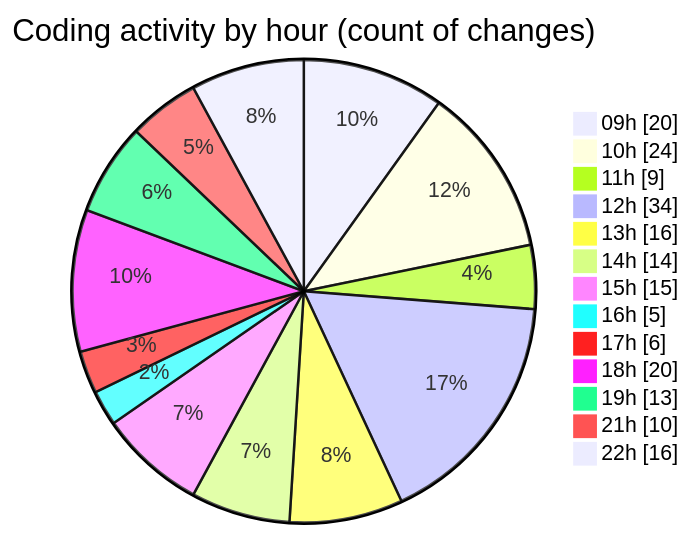
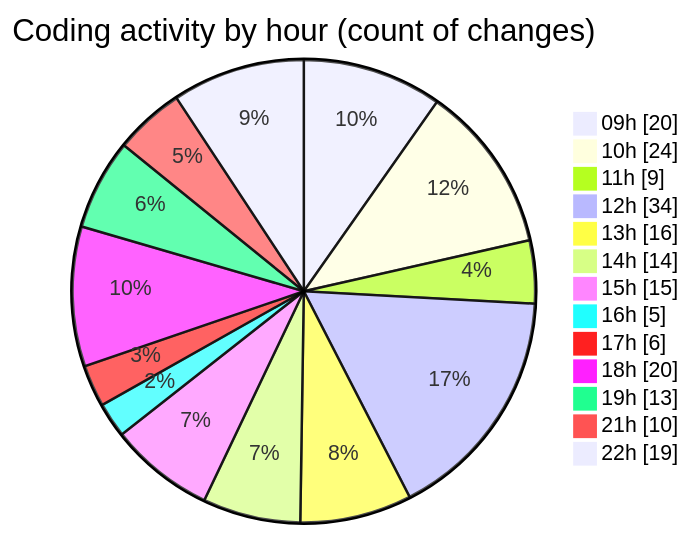
One commit to momahboobian/code-tracking changed the second of 2 diagrams in 2025-05-19/cda/README.md. Above: the diagram before and after it, drawn with Mermaid. The commit also changed other lines of this file and 1 other file, not shown here.

````diff
--- a/2025-05-19/cda/README.md
+++ b/2025-05-19/cda/README.md
@@ -61,17 +61,17 @@
 ```mermaid
 pie showData
 title Coding activity by hour (count of changes)
 "09h" : 20
 "10h" : 24
 "11h" : 9
 "12h" : 34
 "13h" : 16
 "14h" : 14
 "15h" : 15
 "16h" : 5
 "17h" : 6
 "18h" : 20
 "19h" : 13
 "21h" : 10
-"22h" : 16
+"22h" : 19
 ```
````
